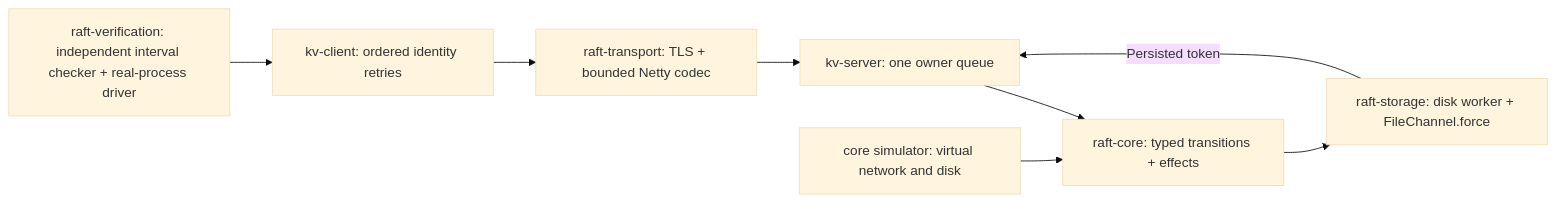
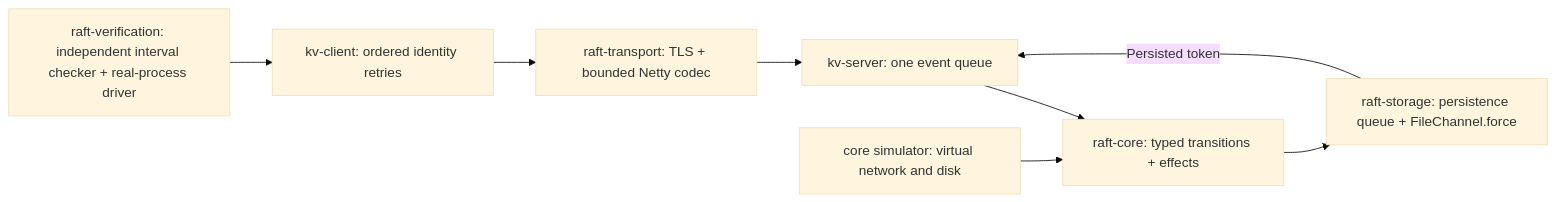
The diagram in projects/03-quorumkv/docs/ARCHITECTURE.md (cheshmakzanoon-ops/Java-portfolio), drawn with Mermaid (base theme) before and after one commit. The commit also changed other lines of this file and 10 other files, not shown here.

````diff
--- a/projects/03-quorumkv/docs/ARCHITECTURE.md
+++ b/projects/03-quorumkv/docs/ARCHITECTURE.md
@@ -3,10 +3,10 @@
 ```mermaid
 flowchart LR
   C[kv-client: ordered identity retries] --> T[raft-transport: TLS + bounded Netty codec]
-  T --> S[kv-server: one owner queue]
+  T --> S[kv-server: one event queue]
   S --> R[raft-core: typed transitions + effects]
-  R --> D[raft-storage: disk worker + FileChannel.force]
+  R --> D[raft-storage: persistence queue + FileChannel.force]
   D -->|Persisted token| S
   V[raft-verification: independent interval checker + real-process driver] --> C
   SIM[core simulator: virtual network and disk] --> R
 ```
````
